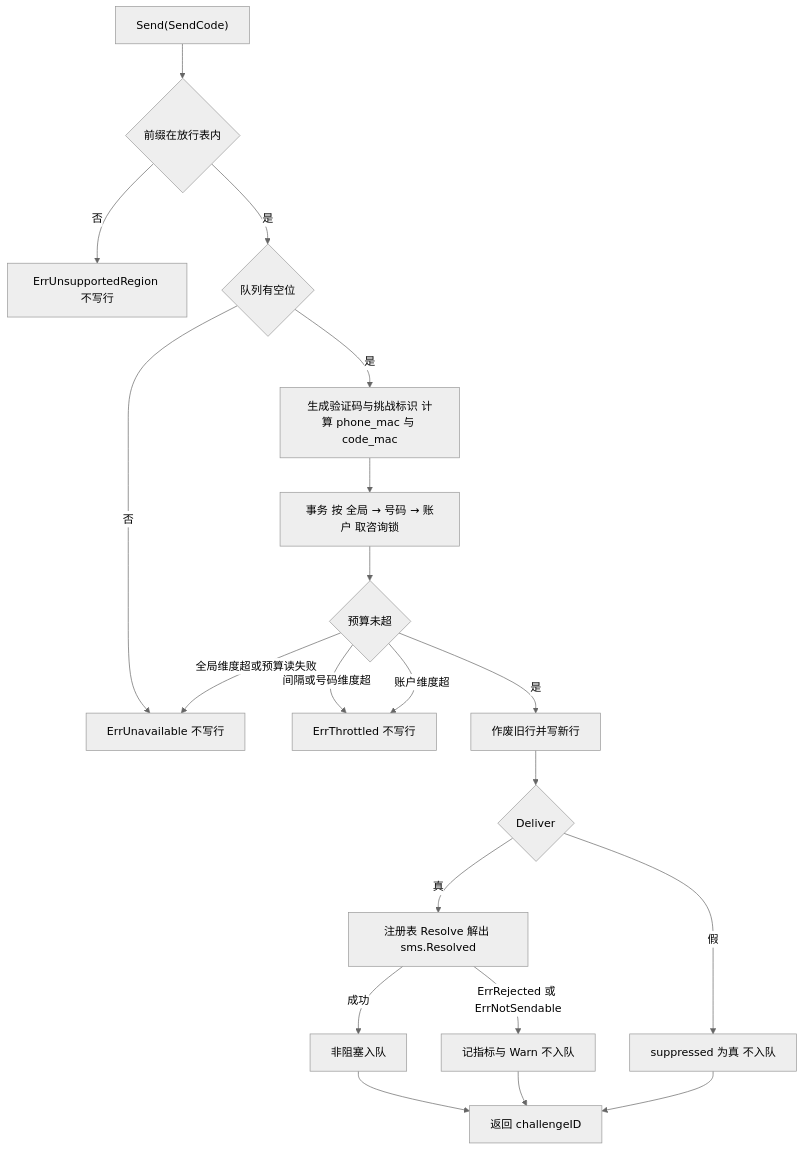
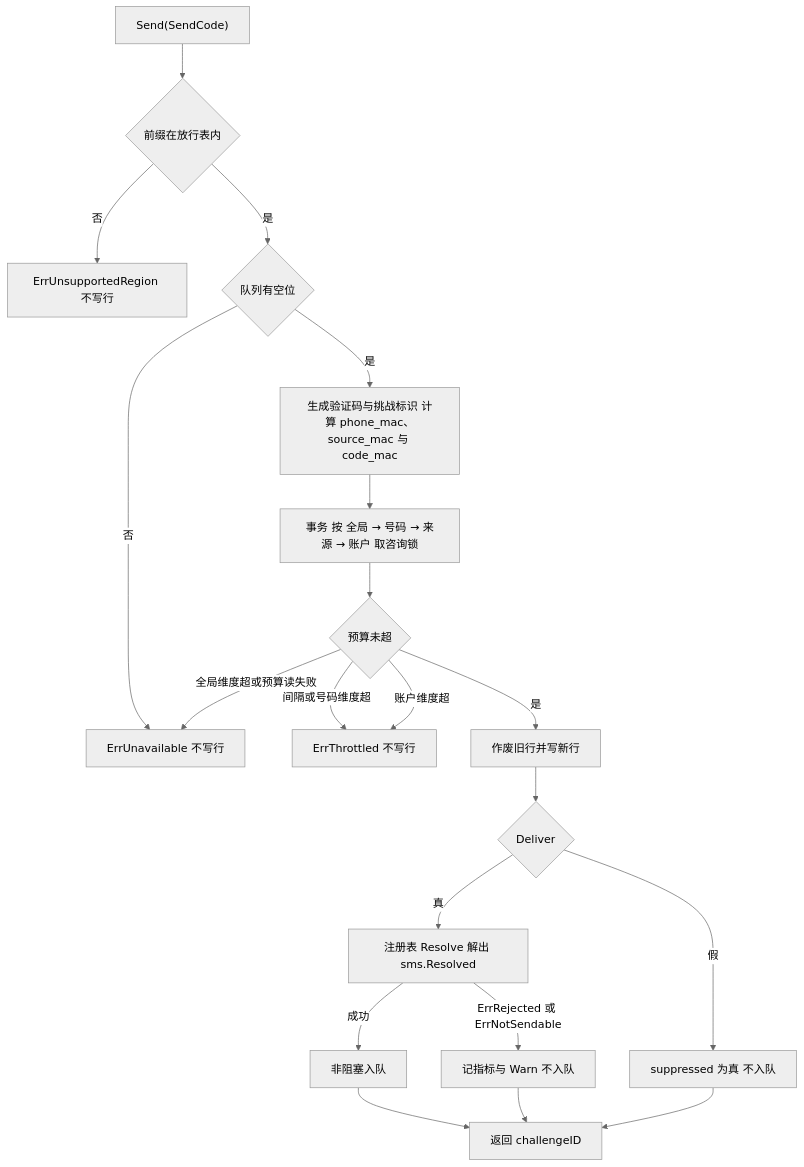
One commit to wangzw/speed changed the fourth of 4 diagrams in docs/design/modules/authn/design-authn-sms.md. Above: the diagram before and after it, drawn with Mermaid (neutral theme). The commit also changed other lines of this file and 32 other files, not shown here.

````diff
--- a/docs/design/modules/authn/design-authn-sms.md
+++ b/docs/design/modules/authn/design-authn-sms.md
@@ -286,22 +291,22 @@
 ```mermaid
 flowchart TD
     A["Send(SendCode)"] --> B{"前缀在放行表内"}
     B -- 否 --> E1["ErrUnsupportedRegion 不写行"]
     B -- 是 --> Q{"队列有空位"}
     Q -- 否 --> E2["ErrUnavailable 不写行"]
-    Q -- 是 --> G["生成验证码与挑战标识 计算 phone_mac 与 code_mac"]
-    G --> L["事务 按 全局 → 号码 → 账户 取咨询锁"]
+    Q -- 是 --> G["生成验证码与挑战标识 计算 phone_mac、source_mac 与 code_mac"]
+    G --> L["事务 按 全局 → 号码 → 来源 → 账户 取咨询锁"]
     L --> C{"预算未超"}
     C -- 间隔或号码维度超 --> E3["ErrThrottled 不写行"]
     C -- 全局维度超或预算读失败 --> E2
     C -- 账户维度超 --> E3
     C -- 是 --> H["作废旧行并写新行"]
     H --> I{"Deliver"}
     I -- 真 --> RS["注册表 Resolve 解出 sms.Resolved"]
     RS -- ErrRejected 或 ErrNotSendable --> RN["记指标与 Warn 不入队"]
     RS -- 成功 --> J["非阻塞入队"]
     I -- 假 --> K["suppressed 为真 不入队"]
     J --> R["返回 challengeID"]
     RN --> R
     K --> R
 ```
````
